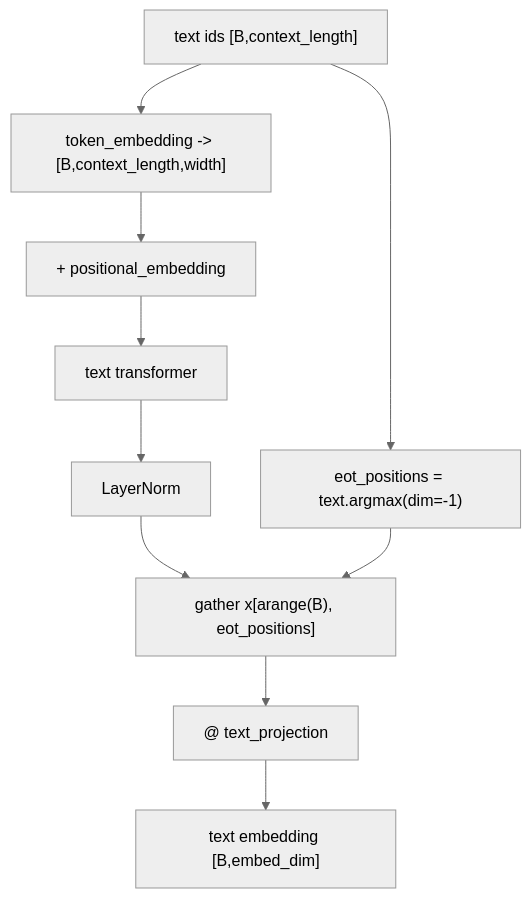
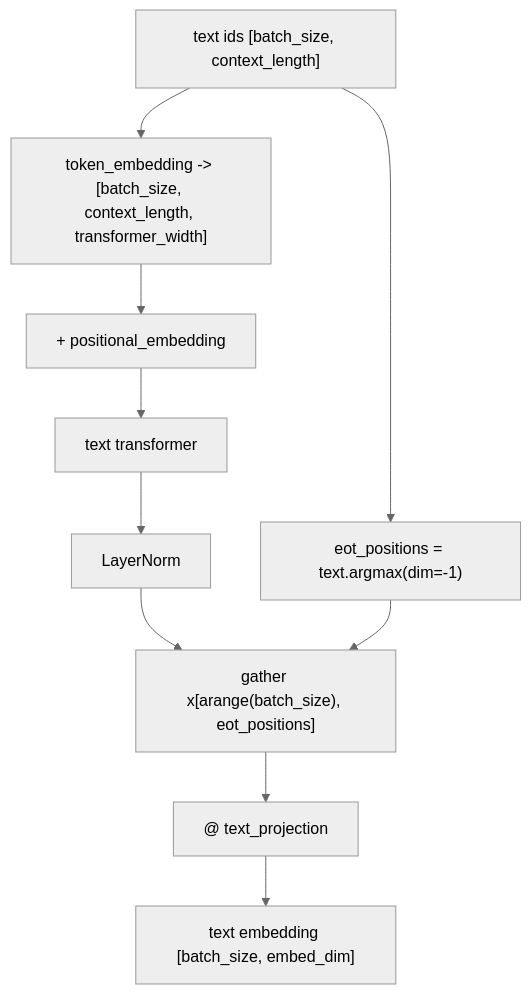
One commit to bougachaY/Advanced-AI changed the fifth of 5 diagrams in docs/practicals/pp3-clip.md. Above: the diagram before and after it, drawn with Mermaid (neutral theme). The commit also changed other lines of this file and 1 other file, not shown here.

````diff
--- a/docs/practicals/pp3-clip.md
+++ b/docs/practicals/pp3-clip.md
@@ -224,12 +224,12 @@
 ```mermaid
 flowchart TD
-    TXT["text ids [B,context_length]"] --> TOK["token_embedding -> [B,context_length,width]"]
+    TXT["text ids [batch_size, context_length]"] --> TOK["token_embedding -> [batch_size, context_length, transformer_width]"]
     TOK --> POS[" + positional_embedding"]
     POS --> TR["text transformer"]
     TR --> LNF["LayerNorm"]
     TXT --> EOT["eot_positions = text.argmax(dim=-1)"]
-    LNF --> GATHER["gather x[arange(B), eot_positions]"]
+    LNF --> GATHER["gather x[arange(batch_size), eot_positions]"]
     EOT --> GATHER
     GATHER --> PROJ["@ text_projection"]
-    PROJ --> OUT["text embedding [B,embed_dim]"]
+    PROJ --> OUT["text embedding [batch_size, embed_dim]"]
 ```
````
